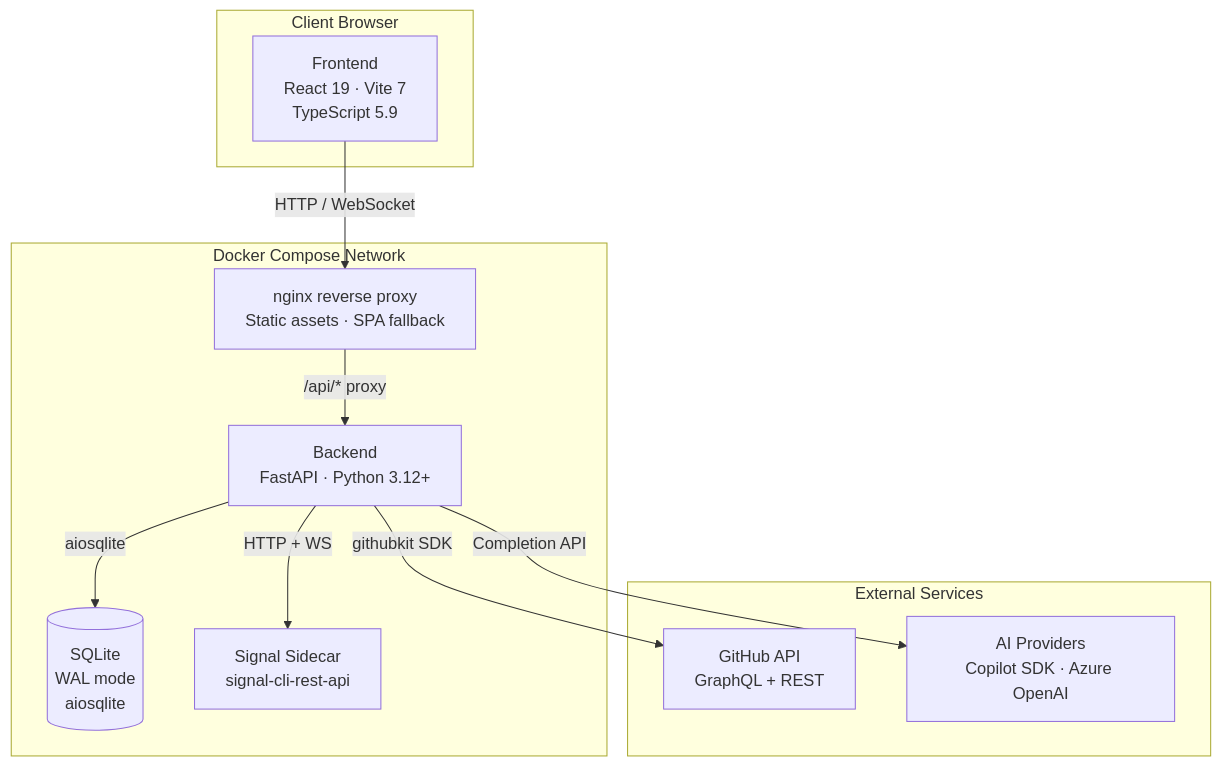
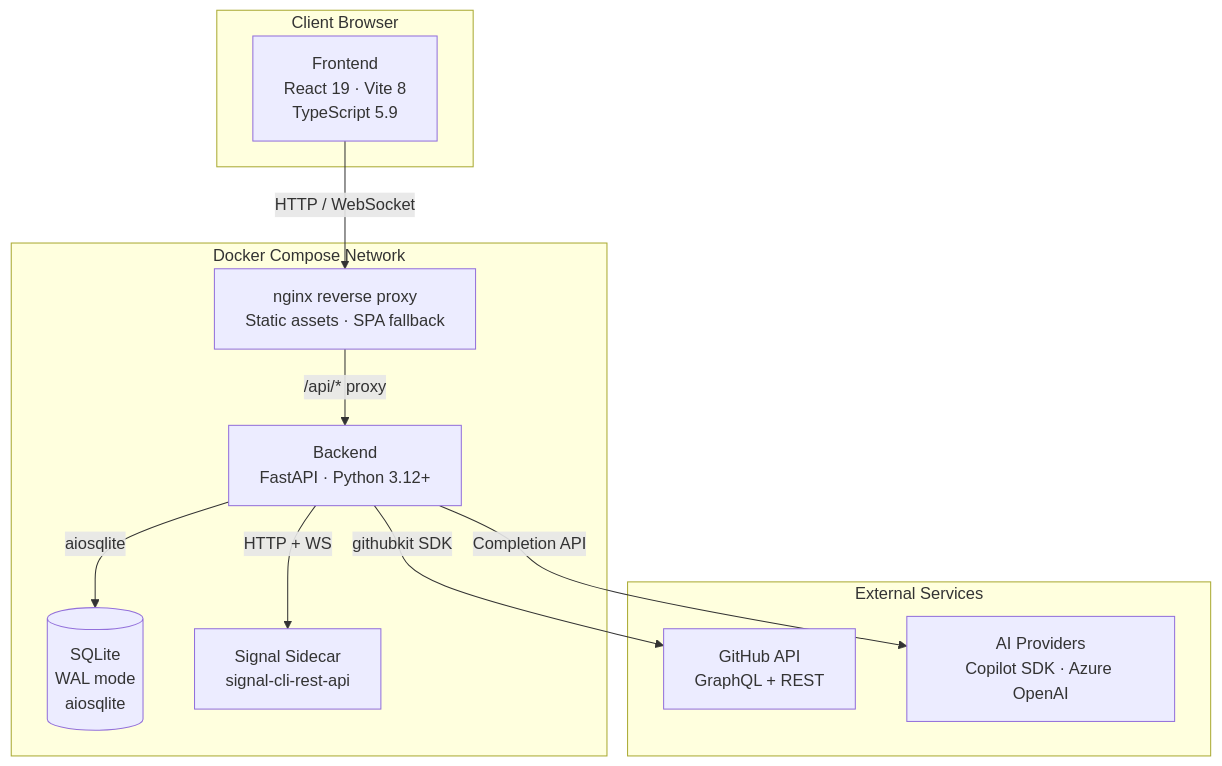
Before and after one commit to Boykai/github-workflows: the diagram in solune/docs/architectures/high-level.mmd, drawn with Mermaid. The commit also changed 48 other files, not shown here.

```diff
--- a/solune/docs/architectures/high-level.mmd
+++ b/solune/docs/architectures/high-level.mmd
@@ -1,23 +1,23 @@
 graph TB
     subgraph Client["Client Browser"]
-        FE["Frontend<br/>React 19 · Vite 7<br/>TypeScript 5.9"]
+        FE["Frontend<br/>React 19 · Vite 8<br/>TypeScript 5.9"]
     end
 
     subgraph DockerCompose["Docker Compose Network"]
         NGINX["nginx reverse proxy<br/>Static assets · SPA fallback"]
         BE["Backend<br/>FastAPI · Python 3.12+"]
         DB[("SQLite<br/>WAL mode<br/>aiosqlite")]
         SIG["Signal Sidecar<br/>signal-cli-rest-api"]
     end
 
     subgraph External["External Services"]
         GH["GitHub API<br/>GraphQL + REST"]
         AI["AI Providers<br/>Copilot SDK · Azure OpenAI"]
     end
 
     FE -- "HTTP / WebSocket" --> NGINX
     NGINX -- "/api/* proxy" --> BE
     BE -- "aiosqlite" --> DB
     BE -- "HTTP + WS" --> SIG
     BE -- "githubkit SDK" --> GH
     BE -- "Completion API" --> AI
```
